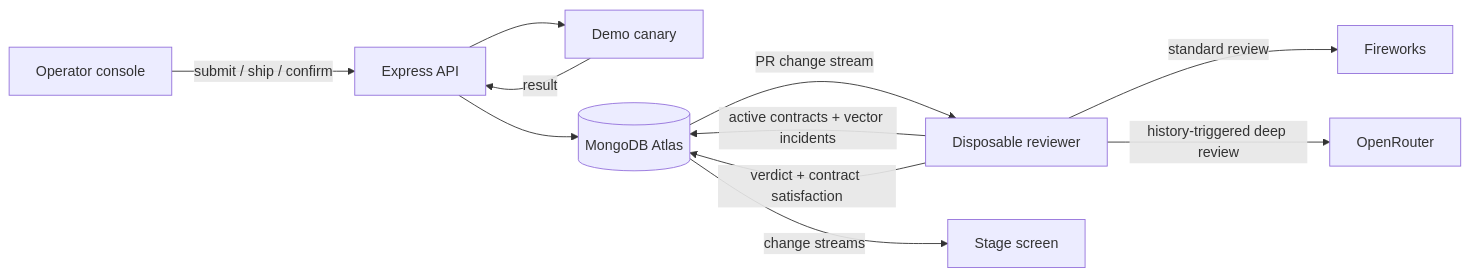
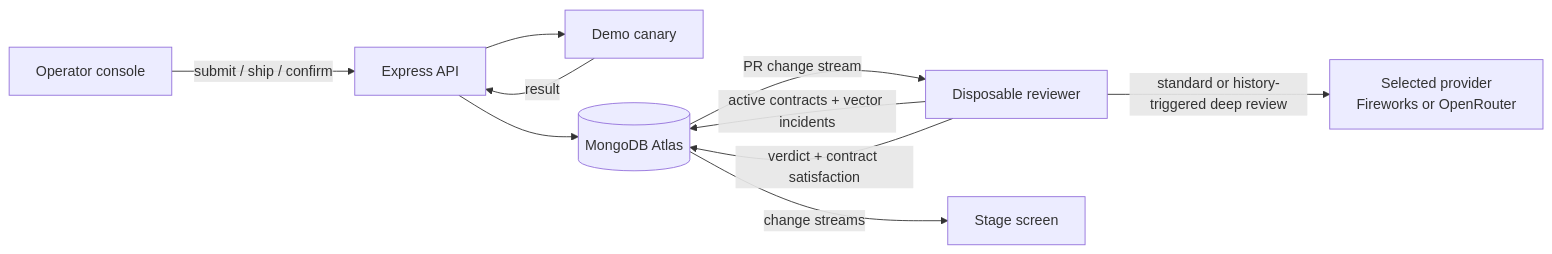
The diagram in README.md (nihalnihalani/MongoDbhackathon), drawn with Mermaid before and after one commit. The commit also changed other lines of this file and 20 other files, not shown here.

````diff
--- a/README.md
+++ b/README.md
@@ -67,13 +67,12 @@
 ```mermaid
 flowchart LR
     O[Operator console] -->|submit / ship / confirm| API[Express API]
     API --> C[Demo canary]
     C -->|result| API
     API --> DB[(MongoDB Atlas)]
     DB -->|PR change stream| R[Disposable reviewer]
     R -->|active contracts + vector incidents| DB
-    R -->|standard review| F[Fireworks]
-    R -->|history-triggered deep review| OR[OpenRouter]
+    R -->|standard or history-triggered deep review| LLM[Selected provider<br/>Fireworks or OpenRouter]
     R -->|verdict + contract satisfaction| DB
     DB -->|change streams| S[Stage screen]
 ```
````
